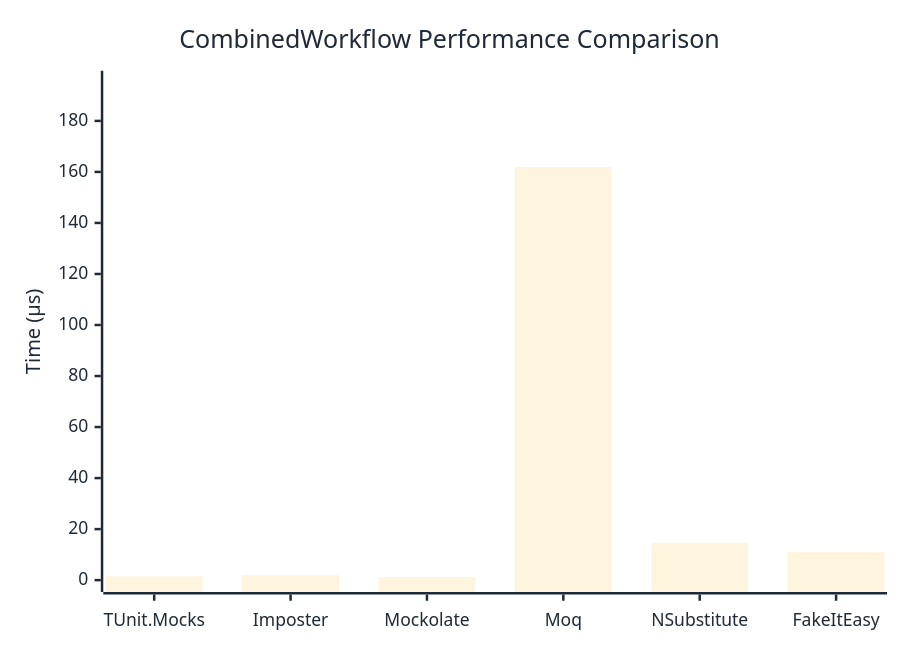
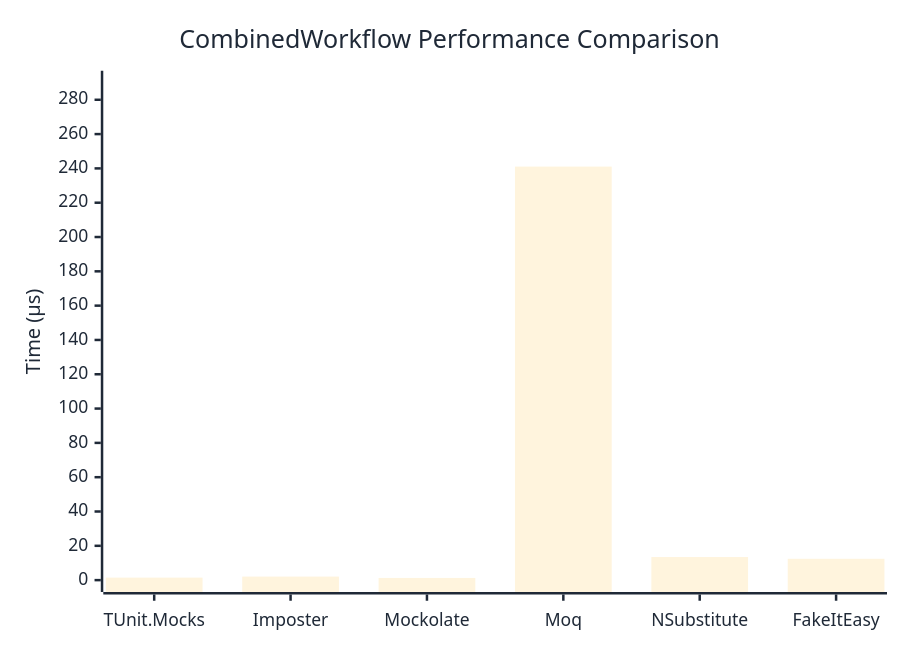
The diagram in docs/docs/benchmarks/mocks/CombinedWorkflow.md (thomhurst/TUnit), drawn with Mermaid before and after one commit. The commit also changed other lines of this file and 14 other files, not shown here.

````diff
--- a/docs/docs/benchmarks/mocks/CombinedWorkflow.md
+++ b/docs/docs/benchmarks/mocks/CombinedWorkflow.md
@@ -30,27 +30,27 @@
 ```mermaid
 %%{init: {
   'theme':'base',
   'themeVariables': {
     'primaryColor': '#2563eb',
     'primaryTextColor': '#1f2937',
     'primaryBorderColor': '#1e40af',
     'lineColor': '#6b7280',
     'secondaryColor': '#7c3aed',
     'tertiaryColor': '#dc2626',
     'background': '#ffffff',
     'pie1': '#2563eb',
     'pie2': '#7c3aed',
     'pie3': '#dc2626',
     'pie4': '#f59e0b',
     'pie5': '#10b981',
     'pie6': '#06b6d4',
     'pie7': '#ec4899',
     'pie8': '#6366f1'
   }
 }}%%
 xychart-beta
   title "CombinedWorkflow Performance Comparison"
   x-axis ["TUnit.Mocks", "Imposter", "Mockolate", "Moq", "NSubstitute", "FakeItEasy"]
-  y-axis "Time (μs)" 0 --> 195
-  bar [1.468, 1.942, 1.254, 161.91, 14.622, 10.942]
+  y-axis "Time (μs)" 0 --> 290
+  bar [1.467, 2.067, 1.277, 241.052, 13.451, 12.434]
 ```
````
